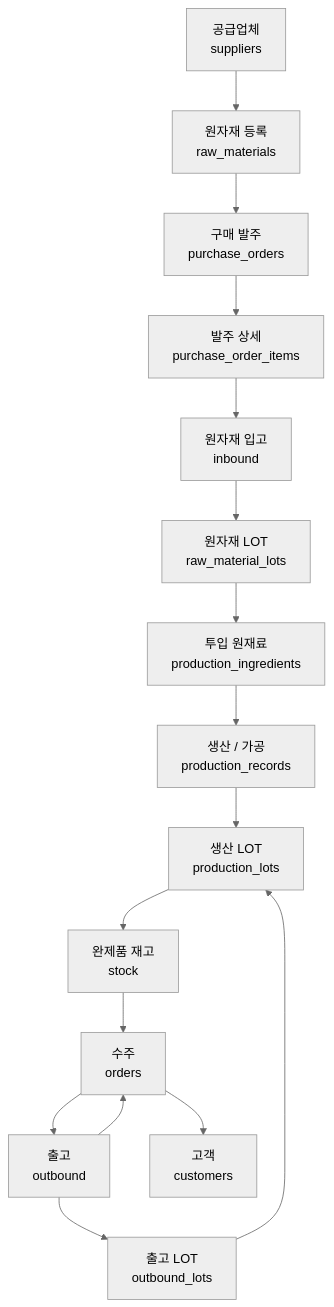
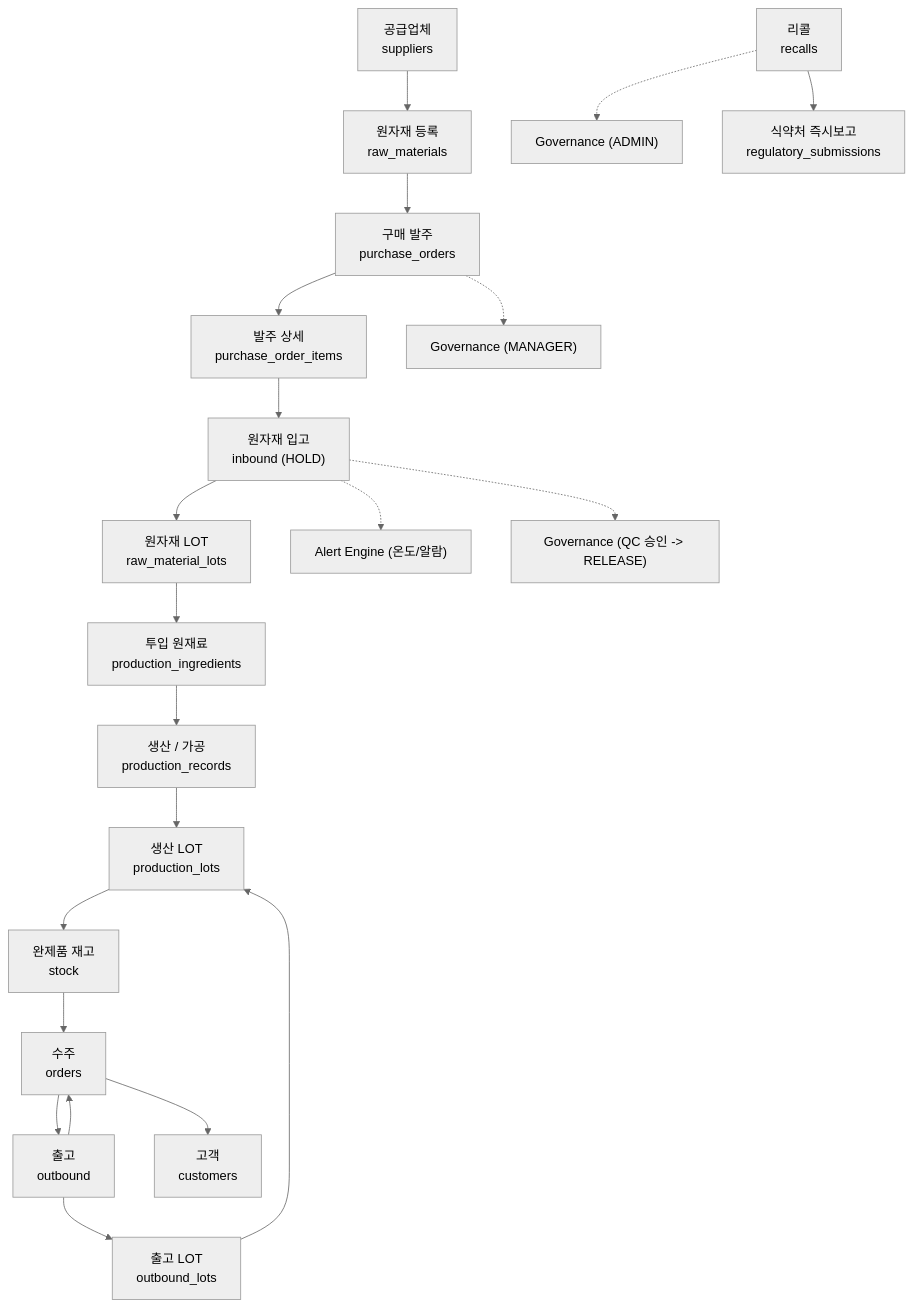
Before and after one commit to mulino-coreano/mulino-coreano-erp: the diagram in docs/02_flow.md, drawn with Mermaid (neutral theme). The commit also changed other lines of this file and 14 other files, not shown here.

First line of the commit message:
feat(schema): expand ERD to 30 tables for governance persistence and compliance (#6)

````diff
--- a/docs/02_flow.md
+++ b/docs/02_flow.md
@@ -8,18 +8,25 @@
 ```mermaid
 flowchart TD
     suppliers["공급업체<br/>suppliers"] --> raw_materials["원자재 등록<br/>raw_materials"]
     raw_materials --> purchase_orders["구매 발주<br/>purchase_orders"]
     purchase_orders --> purchase_order_items["발주 상세<br/>purchase_order_items"]
-    purchase_order_items --> inbound["원자재 입고<br/>inbound"]
+    purchase_order_items --> inbound["원자재 입고<br/>inbound (HOLD)"]
     inbound --> raw_material_lots["원자재 LOT<br/>raw_material_lots"]
     raw_material_lots --> production_ingredients["투입 원재료<br/>production_ingredients"]
     production_ingredients --> production_records["생산 / 가공<br/>production_records"]
     production_records --> production_lots["생산 LOT<br/>production_lots"]
     production_lots --> stock["완제품 재고<br/>stock"]
     stock --> orders["수주<br/>orders"]
     orders --> outbound["출고<br/>outbound"]
     outbound --> outbound_lots["출고 LOT<br/>outbound_lots"]
     outbound_lots --> production_lots
     outbound --> orders
     orders --> customers["고객<br/>customers"]
+
+    %% Governance & Quality Gating
+    purchase_orders -.-> gov_po["Governance (MANAGER)"]
+    inbound -.-> alert_inbound["Alert Engine (온도/알람)"]
+    inbound -.-> qc_inbound["Governance (QC 승인 -> RELEASE)"]
+    recalls["리콜<br/>recalls"] -.-> gov_recall["Governance (ADMIN)"]
+    recalls --> reg_sub["식약처 즉시보고<br/>regulatory_submissions"]
 ```
````
